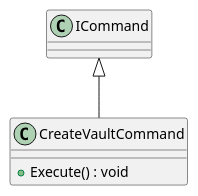
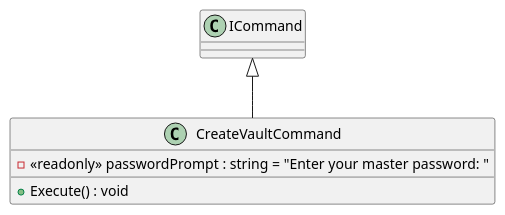
One commit to BeierKevin/KeyVaultCLI changed the diagram in uml/src/KeyVaultCli.Application/Vault/Commands/CreateVault/CreateVaultCommand.puml. Above: the diagram before and after it, drawn with PlantUML. The commit also changed 46 other files, not shown here.

Commit message:
regenerated uml diagrams

```diff
--- a/uml/src/KeyVaultCli.Application/Vault/Commands/CreateVault/CreateVaultCommand.puml
+++ b/uml/src/KeyVaultCli.Application/Vault/Commands/CreateVault/CreateVaultCommand.puml
@@ -1,6 +1,7 @@
 @startuml
 class CreateVaultCommand {
+    - <<readonly>> passwordPrompt : string = "Enter your master password: "
     + Execute() : void
 }
 ICommand <|-- CreateVaultCommand
 @enduml
```
